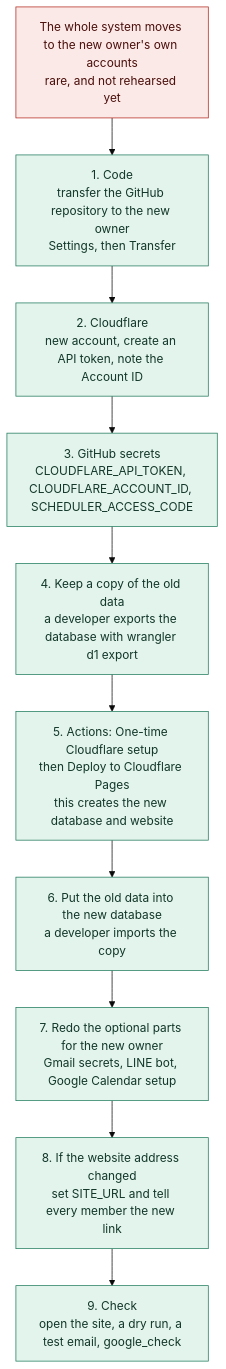
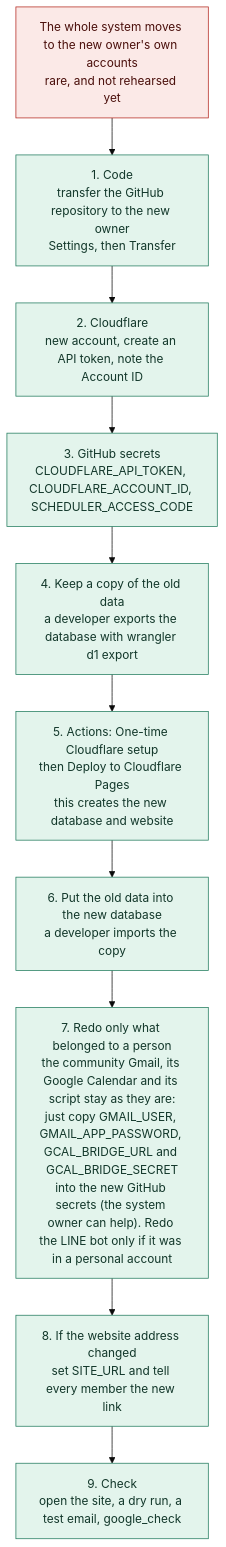
Before and after one commit to mushaffarasyidridha/Jumat-Scheduler-NAIST: diagram 11 of 12 in docs/GUIDE.md, drawn with Mermaid (base theme). The commit also changed other lines of this file and 5 other files, not shown here.

First line of the commit message:
Guide: the community Gmail stays when the admin changes

````diff
--- a/docs/GUIDE.md
+++ b/docs/GUIDE.md
@@ -429,17 +427,17 @@
 ```mermaid
 flowchart TD
   A["The whole system moves to the new owner's own accounts<br/>rare, and not rehearsed yet"] --> B["1. Code<br/>transfer the GitHub repository to the new owner<br/>Settings, then Transfer"]
   B --> C["2. Cloudflare<br/>new account, create an API token, note the Account ID"]
   C --> D["3. GitHub secrets<br/>CLOUDFLARE_API_TOKEN, CLOUDFLARE_ACCOUNT_ID, SCHEDULER_ACCESS_CODE"]
   D --> E["4. Keep a copy of the old data<br/>a developer exports the database with wrangler d1 export"]
   E --> F["5. Actions: One-time Cloudflare setup<br/>then Deploy to Cloudflare Pages<br/>this creates the new database and website"]
   F --> G["6. Put the old data into the new database<br/>a developer imports the copy"]
-  G --> H["7. Redo the optional parts for the new owner<br/>Gmail secrets, LINE bot, Google Calendar setup"]
+  G --> H["7. Redo only what belonged to a person<br/>the community Gmail, its Google Calendar and its script stay as they are:<br/>just copy GMAIL_USER, GMAIL_APP_PASSWORD, GCAL_BRIDGE_URL and GCAL_BRIDGE_SECRET<br/>into the new GitHub secrets (the system owner can help). Redo the LINE bot only if it was in a personal account"]
   H --> I["8. If the website address changed<br/>set SITE_URL and tell every member the new link"]
   I --> J["9. Check<br/>open the site, a dry run, a test email, google_check"]
 
   classDef admin fill:#e3f4ec,stroke:#1f7a5c,color:#12372a
   classDef warn fill:#fbe9e7,stroke:#b3261e,color:#4a0f0b
   class A warn
   class B,C,D,E,F,G,H,I,J admin
 ```
````
